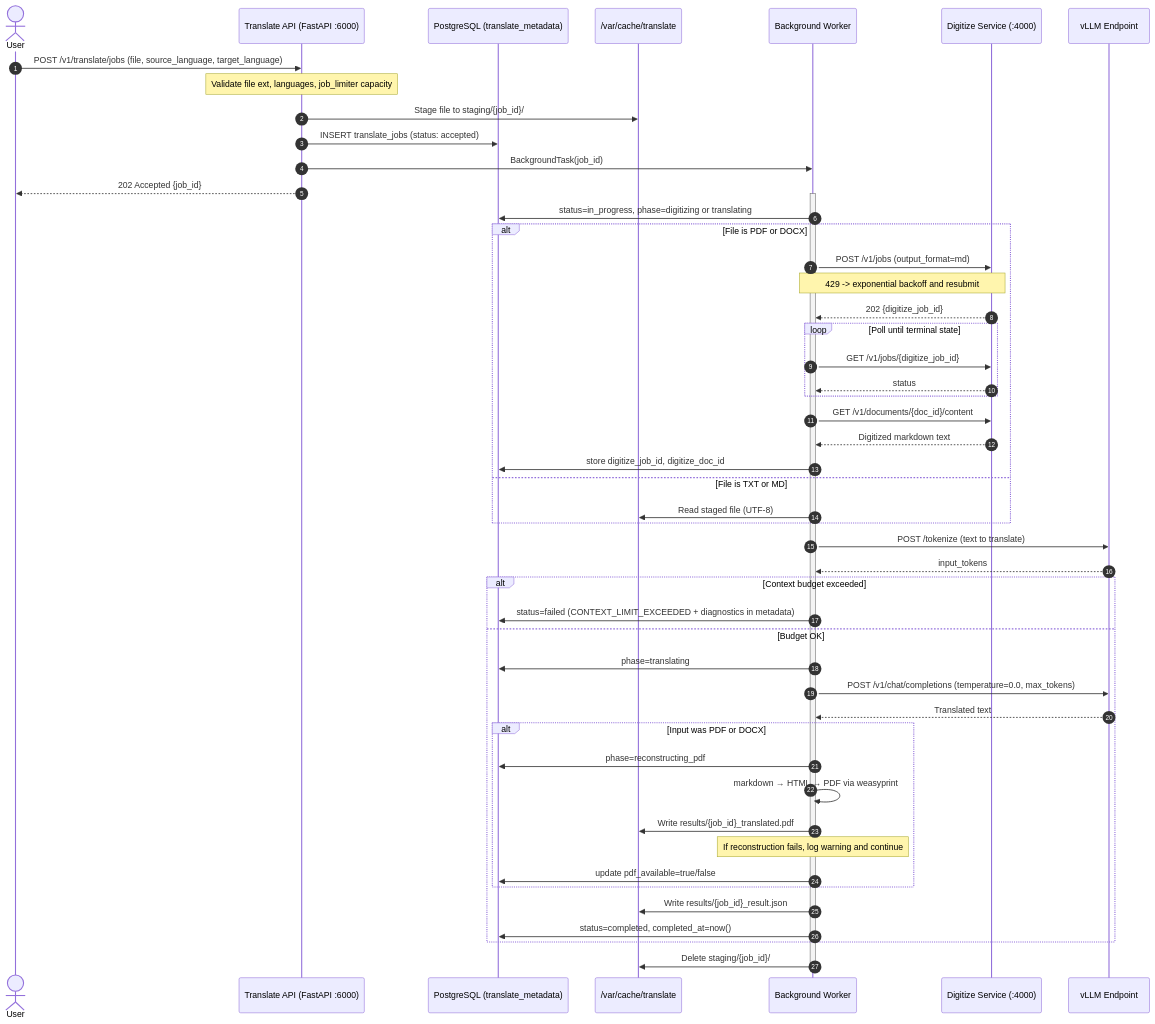
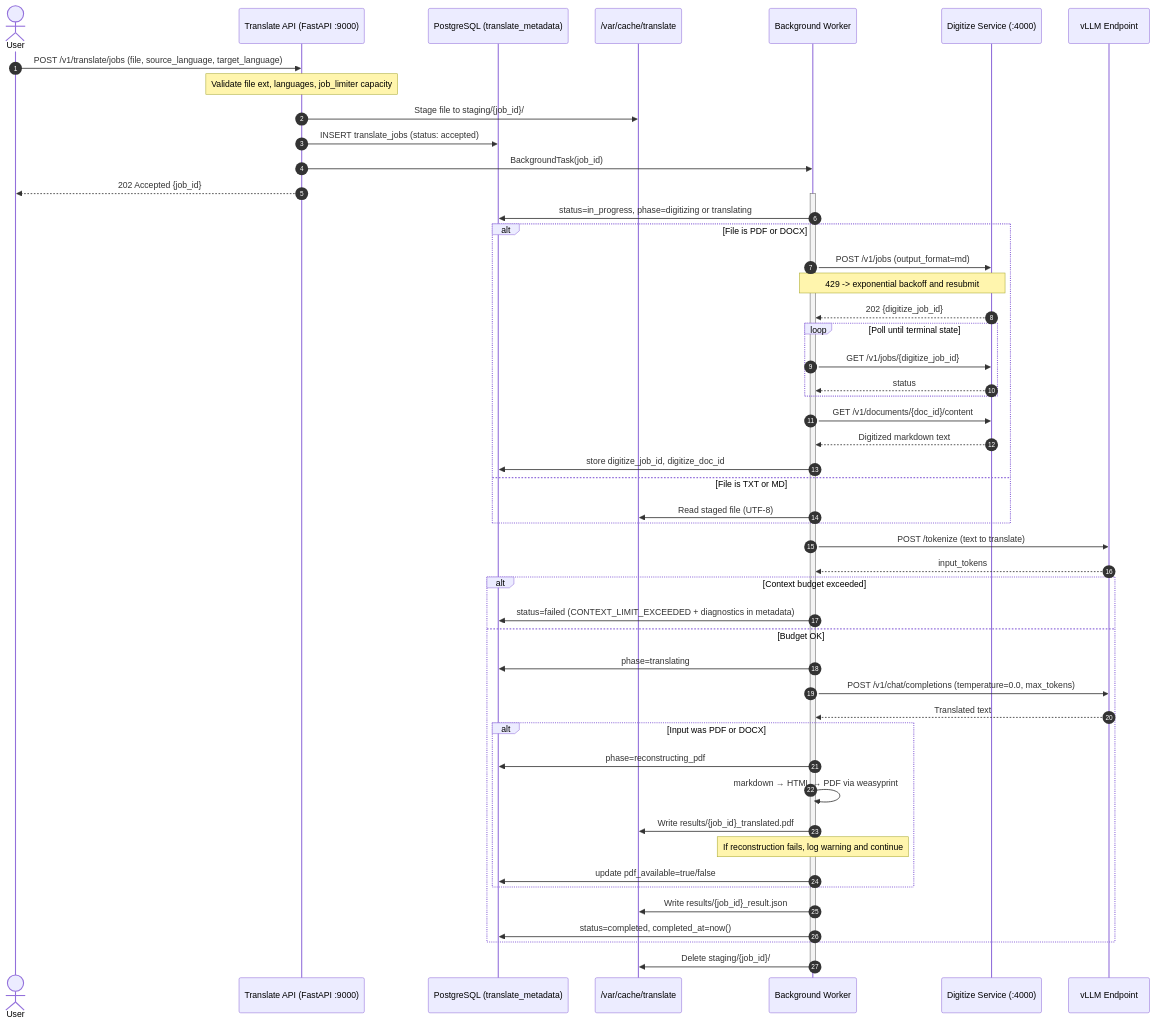
Before and after one commit to IBM/project-ai-services: the second of 2 diagrams in docs/proposals/translation_service_proposal.md, drawn with Mermaid. The commit also changed other lines of this file, not shown here.

````diff
--- a/docs/proposals/translation_service_proposal.md
+++ b/docs/proposals/translation_service_proposal.md
@@ -842,61 +838,61 @@
 ```mermaid
 sequenceDiagram
     autonumber
     actor User
-    participant API as Translate API (FastAPI :6000)
+    participant API as Translate API (FastAPI :9000)
     participant PG as PostgreSQL (translate_metadata)
     participant FS as /var/cache/translate
     participant Worker as Background Worker
     participant DIG as Digitize Service (:4000)
     participant vLLM as vLLM Endpoint
 
     User->>API: POST /v1/translate/jobs (file, source_language, target_language)
     Note over API: Validate file ext, languages, job_limiter capacity
     API->>FS: Stage file to staging/{job_id}/
     API->>PG: INSERT translate_jobs (status: accepted)
     API->>Worker: BackgroundTask(job_id)
     API-->>User: 202 Accepted {job_id}
 
     activate Worker
     Worker->>PG: status=in_progress, phase=digitizing or translating
 
     alt File is PDF or DOCX
         Worker->>DIG: POST /v1/jobs (output_format=md)
         Note over Worker,DIG: 429 -> exponential backoff and resubmit
         DIG-->>Worker: 202 {digitize_job_id}
         loop Poll until terminal state
             Worker->>DIG: GET /v1/jobs/{digitize_job_id}
             DIG-->>Worker: status
         end
         Worker->>DIG: GET /v1/documents/{doc_id}/content
         DIG-->>Worker: Digitized markdown text
         Worker->>PG: store digitize_job_id, digitize_doc_id
     else File is TXT or MD
         Worker->>FS: Read staged file (UTF-8)
     end
 
     Worker->>vLLM: POST /tokenize (text to translate)
     vLLM-->>Worker: input_tokens
 
     alt Context budget exceeded
         Worker->>PG: status=failed (CONTEXT_LIMIT_EXCEEDED + diagnostics in metadata)
     else Budget OK
         Worker->>PG: phase=translating
         Worker->>vLLM: POST /v1/chat/completions (temperature=0.0, max_tokens)
         vLLM-->>Worker: Translated text
 
         alt Input was PDF or DOCX
             Worker->>PG: phase=reconstructing_pdf
             Worker->>Worker: markdown → HTML → PDF via weasyprint
             Worker->>FS: Write results/{job_id}_translated.pdf
             Note over Worker: If reconstruction fails, log warning and continue
             Worker->>PG: update pdf_available=true/false
         end
 
         Worker->>FS: Write results/{job_id}_result.json
         Worker->>PG: status=completed, completed_at=now()
     end
 
     Worker->>FS: Delete staging/{job_id}/
     deactivate Worker
 ```
````
